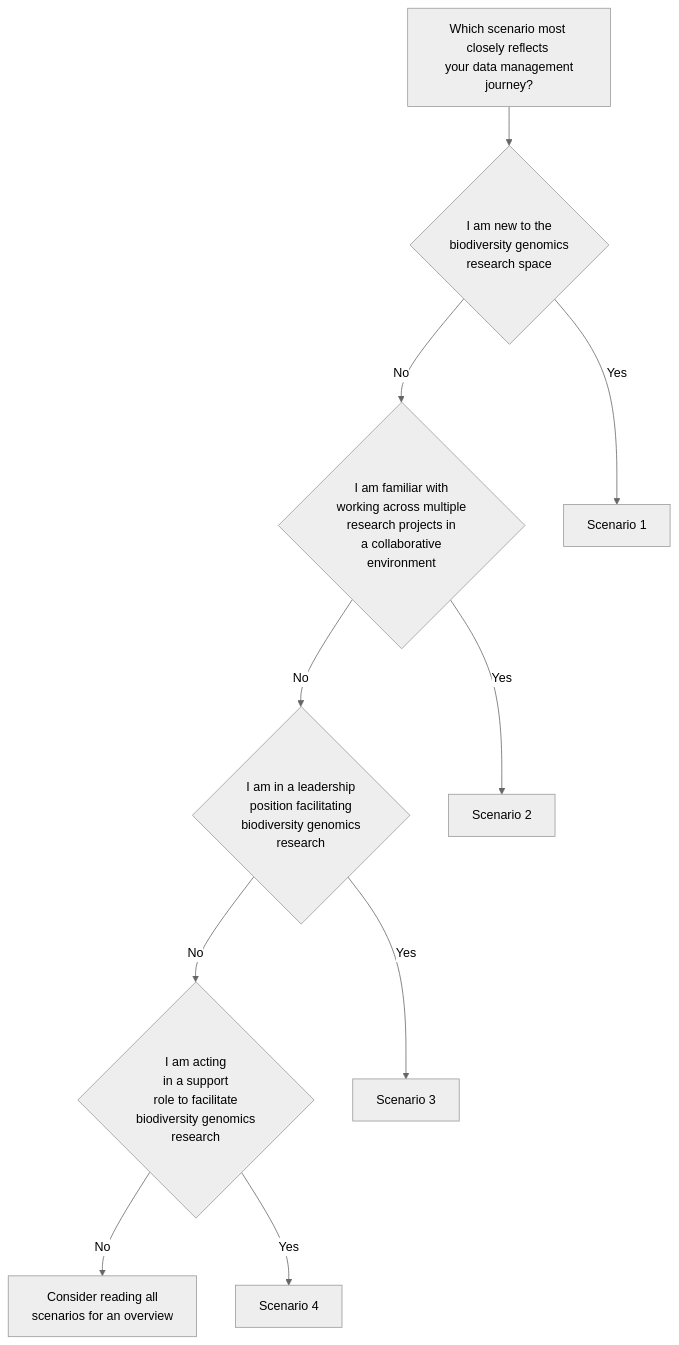
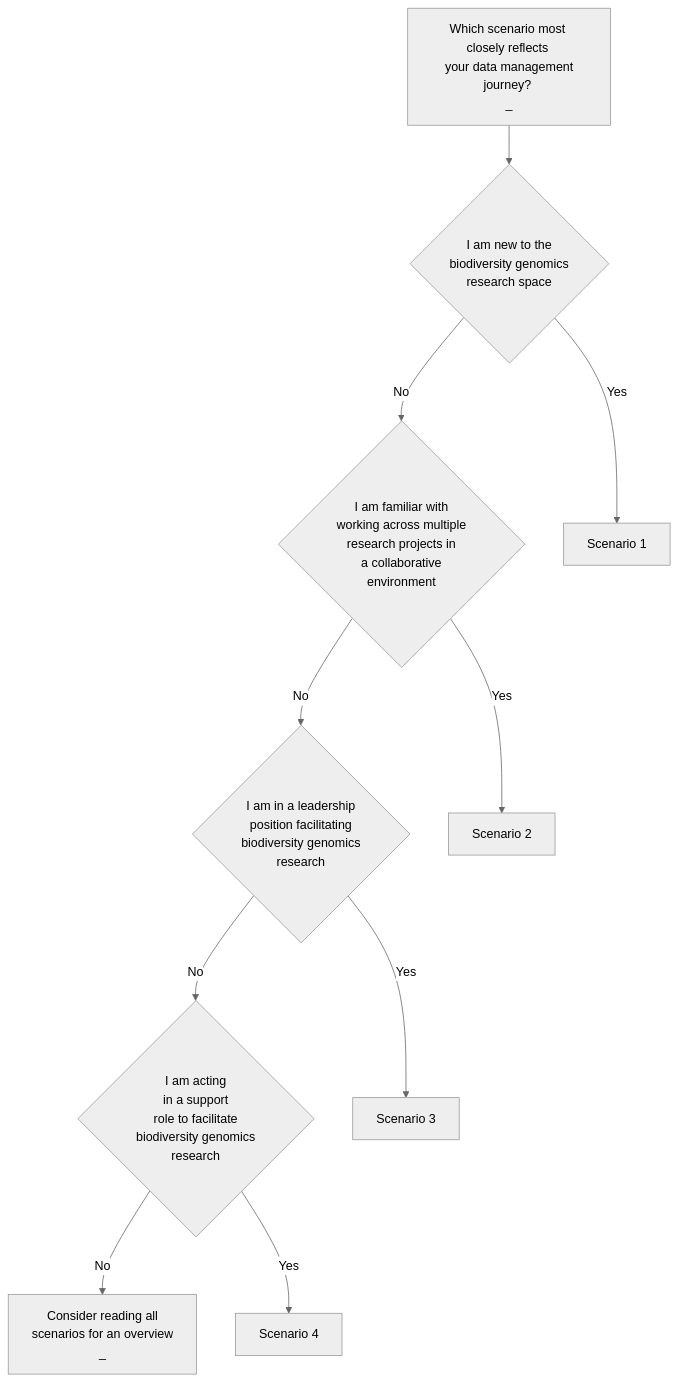
Before and after one commit to GenomicsAotearoa/data-management-resources: the diagram in docs/index.md, drawn with Mermaid (neutral theme).

Commit message:
flowchart add space to boxes

````diff
--- a/docs/index.md
+++ b/docs/index.md
@@ -19,16 +19,16 @@
 ```mermaid
 graph TD;
-    A[Which scenario most closely reflects \n your data management journey?] --> B{I am new to the \n biodiversity genomics \n research space}
+    A[Which scenario most closely reflects \n your data management journey? <br>_] --> B{I am new to the \n biodiversity genomics \n research space}
     B --> |No| E{I am familiar with \n working across multiple \n research projects in \n a collaborative \n environment}
     B --> |Yes| D[Scenario 1]
     E --> |No| G{I am in a leadership \n position facilitating \n biodiversity genomics \n research}
     E --> |Yes| F[Scenario 2]
     G --> |No| I{I am acting \n in a support \n role to facilitate \n biodiversity genomics \n research}
     G --> |Yes| H[Scenario 3]
-    I --> |No| K[Consider reading all \n scenarios for an overview]
+    I --> |No| K[Consider reading all \n scenarios for an overview <br>_]
     I --> |Yes| J[Scenario 4]
     click D "https://genomicsaotearoa.github.io/data-management-resources/scenarios/scenario1"
     click F "https://genomicsaotearoa.github.io/data-management-resources/scenarios/scenario2"
     click H "https://genomicsaotearoa.github.io/data-management-resources/scenarios/scenario3"
     click J "https://genomicsaotearoa.github.io/data-management-resources/scenarios/scenario4"
 ```
````
